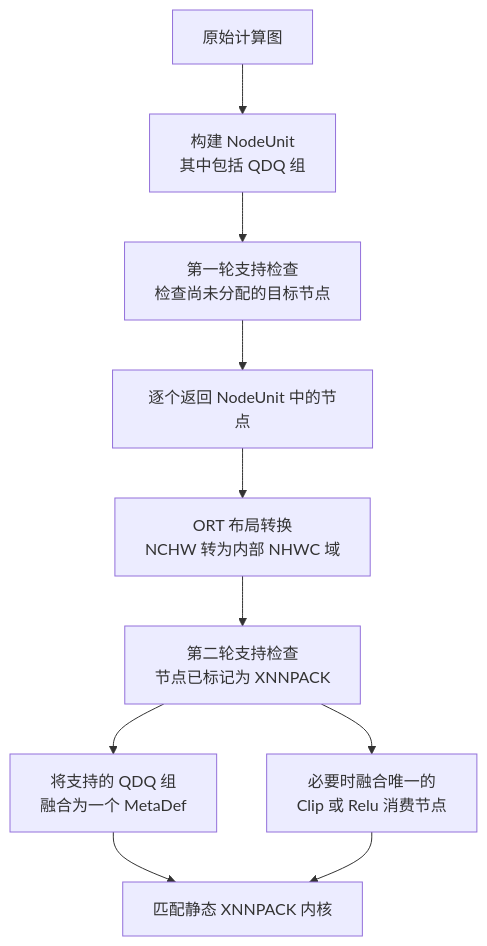
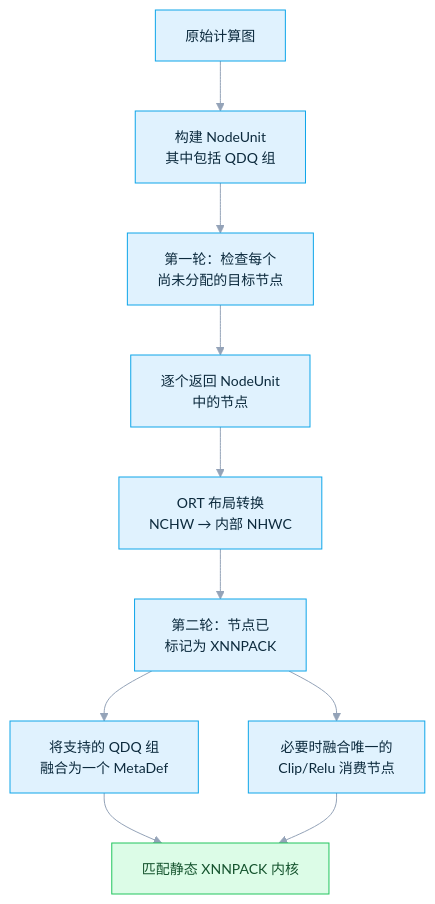
Before and after one commit to DakeQQ/Tutorial-ONNX-Runtime-Execution-Providers: the sixth of 11 diagrams in XNNPACK/README.zh-CN.md, drawn with Mermaid. The commit also changed other lines of this file and 15 other files, not shown here.

````diff
--- a/XNNPACK/README.zh-CN.md
+++ b/XNNPACK/README.zh-CN.md
@@ -255,12 +353,17 @@
 ```mermaid
+%%{init: {"theme":"base","themeVariables":{"fontSize":"14px","lineColor":"#94a3b8","edgeLabelBackground":"#e2e8f0","primaryTextColor":"#1e293b"}}}%%
 flowchart TD
     G["原始计算图"] --> U["构建 NodeUnit<br/>其中包括 QDQ 组"]
-    U --> P1["第一轮支持检查<br/>检查尚未分配的目标节点"]
-    P1 --> EACH["逐个返回 NodeUnit 中的节点"]
-    EACH --> LT["ORT 布局转换<br/>NCHW 转为内部 NHWC 域"]
-    LT --> P2["第二轮支持检查<br/>节点已标记为 XNNPACK"]
+    U --> P1["第一轮：检查每个<br/>尚未分配的目标节点"]
+    P1 --> EACH["逐个返回 NodeUnit<br/>中的节点"]
+    EACH --> LT["ORT 布局转换<br/>NCHW → 内部 NHWC"]
+    LT --> P2["第二轮：节点已<br/>标记为 XNNPACK"]
     P2 --> QDQ["将支持的 QDQ 组<br/>融合为一个 MetaDef"]
-    P2 --> ACT["必要时融合唯一的<br/>Clip 或 Relu 消费节点"]
+    P2 --> ACT["必要时融合唯一的<br/>Clip/Relu 消费节点"]
     QDQ --> K["匹配静态 XNNPACK 内核"]
     ACT --> K
+    classDef step fill:#e0f2fe,stroke:#0ea5e9,color:#0c2a3d;
+    classDef good fill:#dcfce7,stroke:#22c55e,color:#14532d;
+    class G,U,P1,EACH,LT,P2,QDQ,ACT step;
+    class K good;
 ```
````
